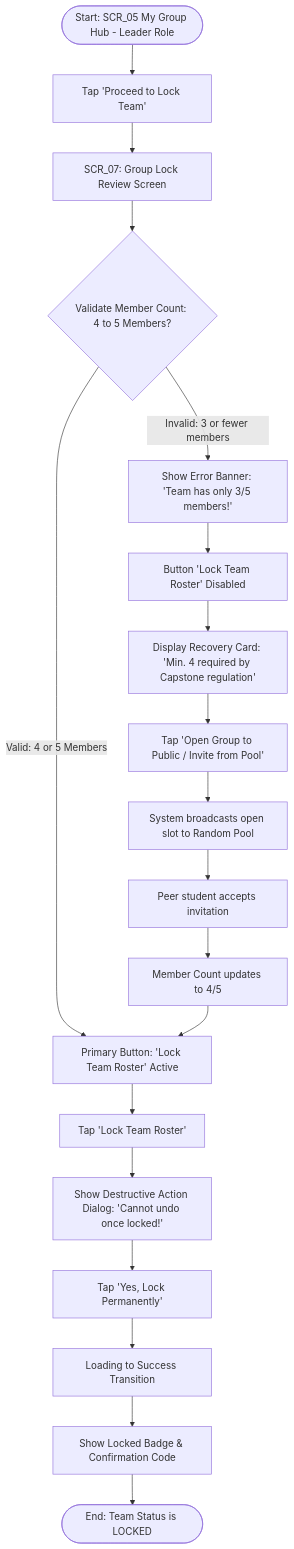
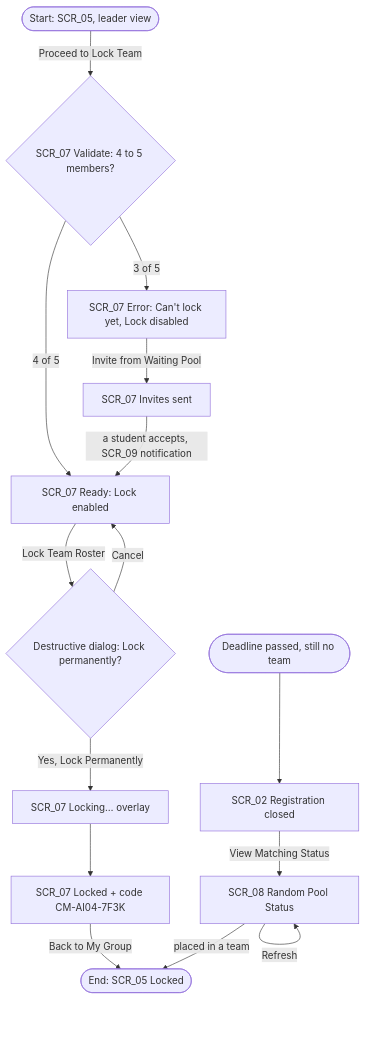
Before and after one commit to DEVORGANIZE222/PRM323_LAB2_uiuxdesign: the third of 3 diagrams in ux/user-flow.md, drawn with Mermaid. The commit also changed other lines of this file, not shown here.

Commit message:
Put every screen in a flow and match the Figma flows

````diff
--- a/ux/user-flow.md
+++ b/ux/user-flow.md
@@ -102,25 +93,19 @@
 ```mermaid
 graph TD
-    Start([Start: SCR_05 My Group Hub - Leader Role]) --> TapLock[Tap 'Proceed to Lock Team']
-    TapLock --> SCR_07[SCR_07: Group Lock Review Screen]
-    SCR_07 --> CheckValidation{Validate Member Count: 4 to 5 Members?}
+    Start([Start: SCR_05, leader view]) -->|Proceed to Lock Team| R{SCR_07 Validate: 4 to 5 members?}
+    R -->|4 of 5| OK[SCR_07 Ready: Lock enabled]
+    OK -->|Lock Team Roster| DD{Destructive dialog: Lock permanently?}
+    DD -->|Cancel| OK
+    DD -->|Yes, Lock Permanently| LK[SCR_07 Locking… overlay]
+    LK --> Locked[SCR_07 Locked + code CM-AI04-7F3K]
+    Locked -->|Back to My Group| End([End: SCR_05 Locked])
 
-    %% Happy Path
-    CheckValidation -->|Valid: 4 or 5 Members| EnableButton[Primary Button: 'Lock Team Roster' Active]
-    EnableButton --> TapConfirmLock[Tap 'Lock Team Roster']
-    TapConfirmLock --> DestructiveModal[Show Destructive Action Dialog: 'Cannot undo once locked!']
-    DestructiveModal --> ConfirmYes[Tap 'Yes, Lock Permanently']
-    ConfirmYes --> LoadingResult[Loading to Success Transition]
-    LoadingResult --> SuccessState[Show Locked Badge & Confirmation Code]
-    SuccessState --> SCR_05([End: Team Status is LOCKED])
+    R -->|3 of 5| ERR[SCR_07 Error: Can't lock yet, Lock disabled]
+    ERR -->|Invite from Waiting Pool| INV[SCR_07 Invites sent]
+    INV -->|a student accepts, SCR_09 notification| OK
 
-    %% Error and Recovery Path
-    CheckValidation -->|Invalid: 3 or fewer members| ErrorPath[Show Error Banner: 'Team has only 3/5 members!']
-    ErrorPath --> DisableButton[Button 'Lock Team Roster' Disabled]
-    DisableButton --> SuggestRecovery[Display Recovery Card: 'Min. 4 required by Capstone regulation']
-    SuggestRecovery --> TapRecovery[Tap 'Open Group to Public / Invite from Pool']
-    TapRecovery --> BroadcastRecruitment[System broadcasts open slot to Random Pool]
-    BroadcastRecruitment --> WaitCandidate[Peer student accepts invitation]
-    WaitCandidate --> UpdateCount[Member Count updates to 4/5]
-    UpdateCount --> EnableButton
+    Late([Deadline passed, still no team]) --> DC[SCR_02 Registration closed]
+    DC -->|View Matching Status| RP[SCR_08 Random Pool Status]
+    RP -->|Refresh| RP
+    RP -->|placed in a team| End
 ```
````
